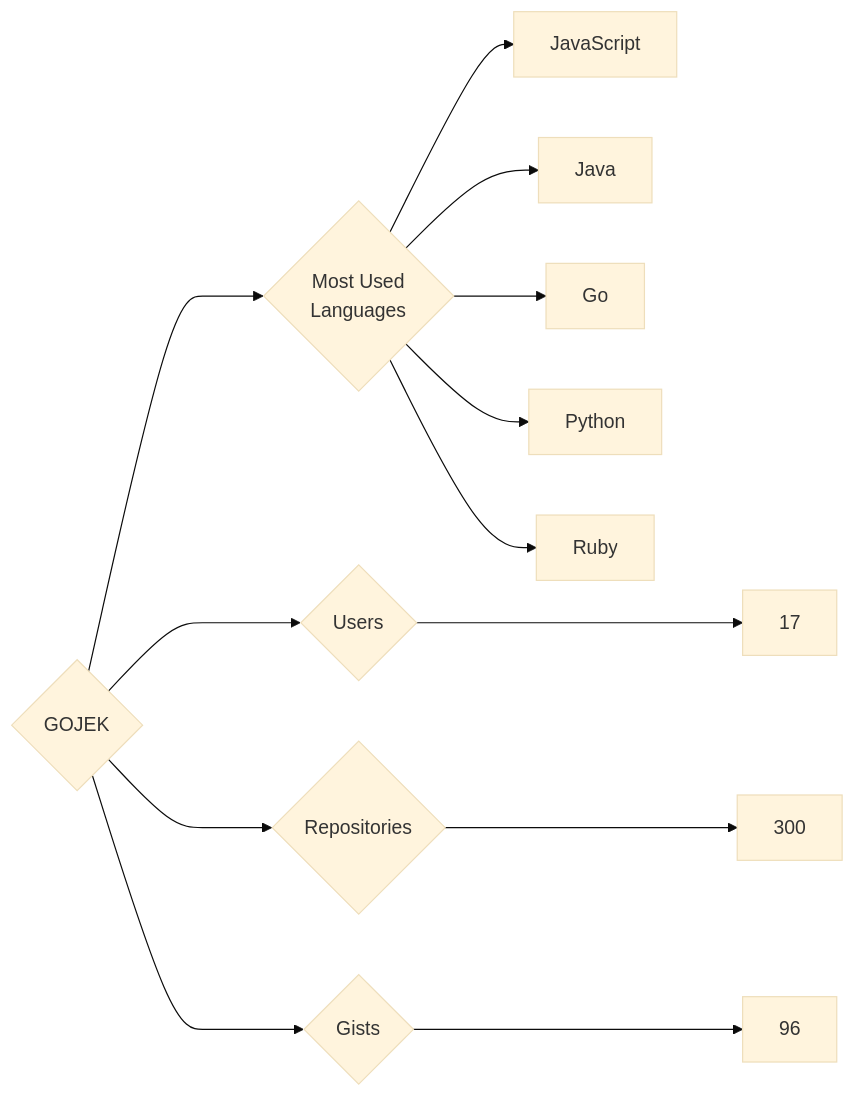
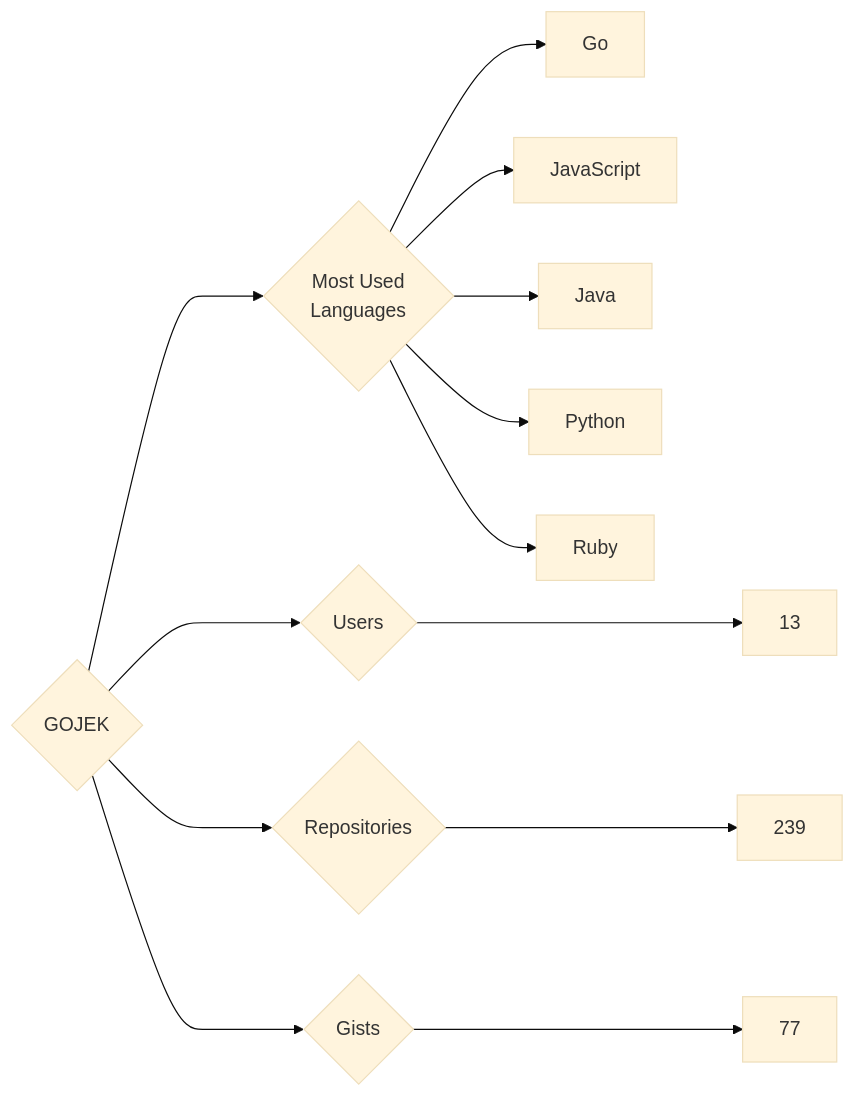
The diagram in targets/GOJEK/README.md (trickest/insiders), drawn with Mermaid (base theme) before and after one commit. The commit also changed 932 other files, not shown here.

````diff
--- a/targets/GOJEK/README.md
+++ b/targets/GOJEK/README.md
@@ -3,13 +3,13 @@
 ```mermaid
 graph LR
 COMPANY_NAME{GOJEK}
-COMPANY_NAME ---> U{Users} ---> UN[17]
-COMPANY_NAME ---> R{Repositories} ---> RN[300]
-COMPANY_NAME ---> G{Gists} ---> GN[96]
+COMPANY_NAME ---> U{Users} ---> UN[13]
+COMPANY_NAME ---> R{Repositories} ---> RN[239]
+COMPANY_NAME ---> G{Gists} ---> GN[77]
 COMPANY_NAME ---> ML{Most Used<br>Languages}
+ML --> Go[Go]
 ML --> JavaScript[JavaScript]
 ML --> Java[Java]
-ML --> Go[Go]
 ML --> Python[Python]
 ML --> Ruby[Ruby]
 ```
````
